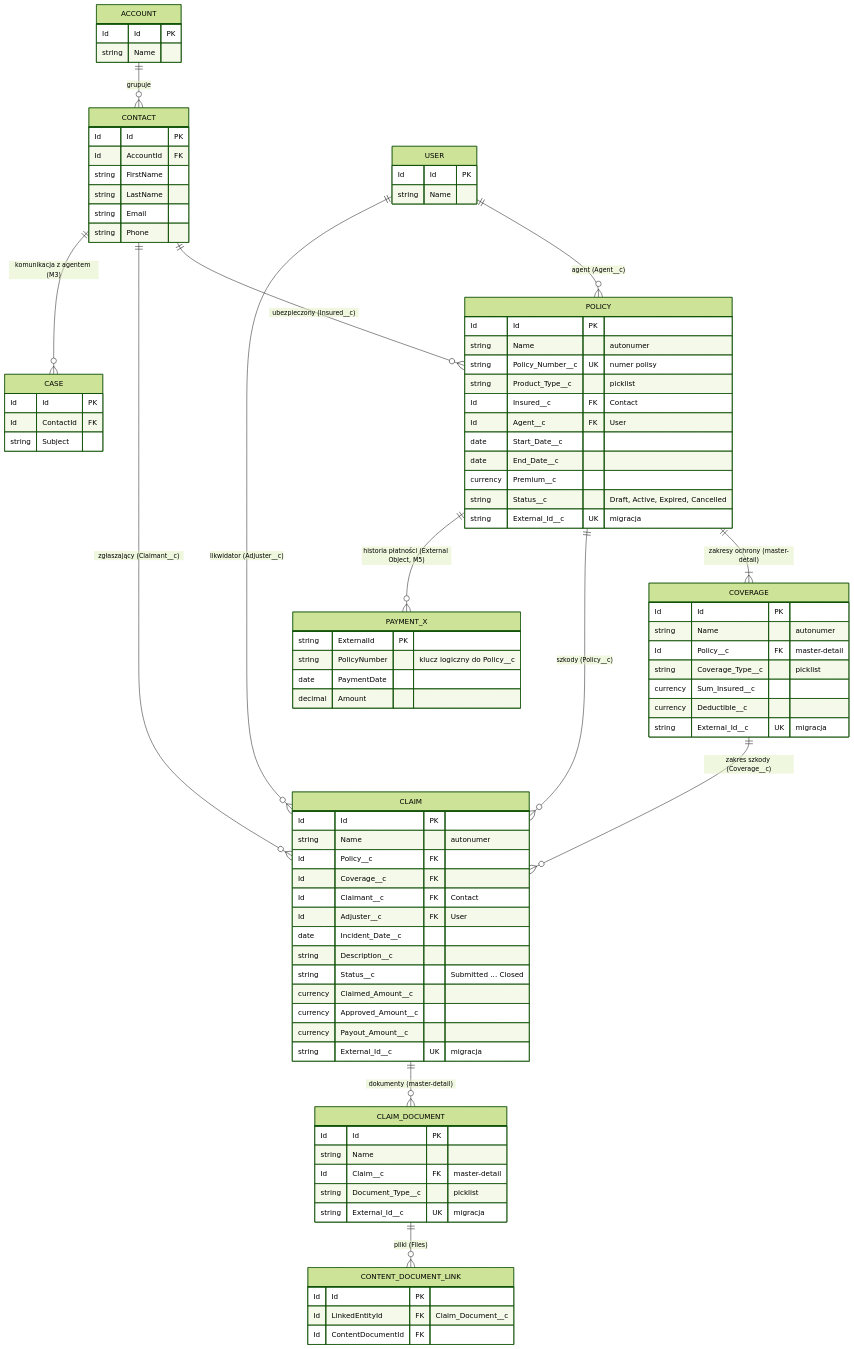
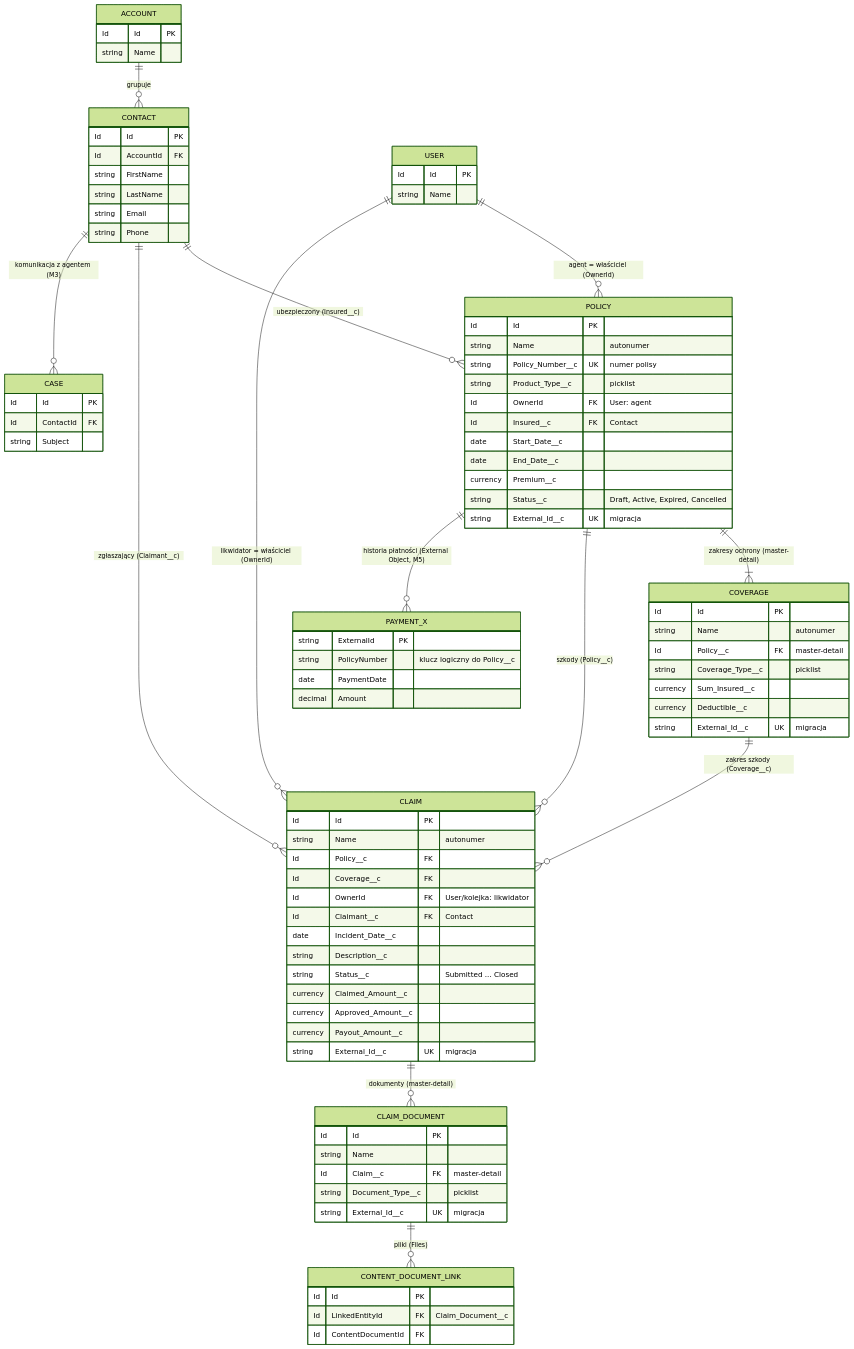
One commit to Yibux/insurance-app changed the diagram in docs/architektura/model-danych.md. Above: the diagram before and after it, drawn with Mermaid (forest theme). The commit also changed other lines of this file, not shown here.

Commit message:
docs(data-model): fix sharing mechanism, claim creation ownership check and FLS (#29)

```diff
--- a/docs/architektura/model-danych.md
+++ b/docs/architektura/model-danych.md
@@ -12,12 +12,12 @@
 erDiagram
     ACCOUNT ||--o{ CONTACT : "grupuje"
     CONTACT ||--o{ POLICY : "ubezpieczony (Insured__c)"
-    USER ||--o{ POLICY : "agent (Agent__c)"
+    USER ||--o{ POLICY : "agent = właściciel (OwnerId)"
     POLICY ||--|{ COVERAGE : "zakresy ochrony (master-detail)"
     POLICY ||--o{ CLAIM : "szkody (Policy__c)"
     COVERAGE ||--o{ CLAIM : "zakres szkody (Coverage__c)"
     CONTACT ||--o{ CLAIM : "zgłaszający (Claimant__c)"
-    USER ||--o{ CLAIM : "likwidator (Adjuster__c)"
+    USER ||--o{ CLAIM : "likwidator = właściciel (OwnerId)"
     CLAIM ||--o{ CLAIM_DOCUMENT : "dokumenty (master-detail)"
     CLAIM_DOCUMENT ||--o{ CONTENT_DOCUMENT_LINK : "pliki (Files)"
     CONTACT ||--o{ CASE : "komunikacja z agentem (M3)"
@@ -44,8 +44,8 @@
         string Name "autonumer"
         string Policy_Number__c UK "numer polisy"
         string Product_Type__c "picklist"
+        Id OwnerId FK "User: agent"
         Id Insured__c FK "Contact"
-        Id Agent__c FK "User"
         date Start_Date__c
         date End_Date__c
         currency Premium__c
@@ -66,8 +66,8 @@
         string Name "autonumer"
         Id Policy__c FK
         Id Coverage__c FK
+        Id OwnerId FK "User/kolejka: likwidator"
         Id Claimant__c FK "Contact"
-        Id Adjuster__c FK "User"
         date Incident_Date__c
         string Description__c
         string Status__c "Submitted ... Closed"
```
